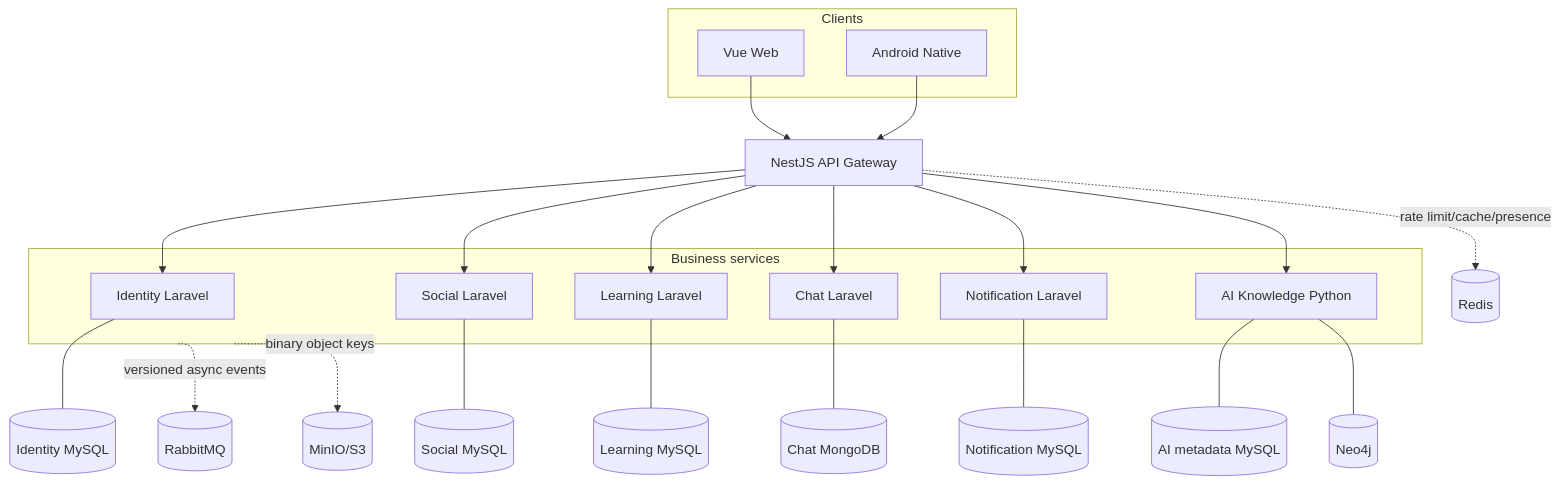
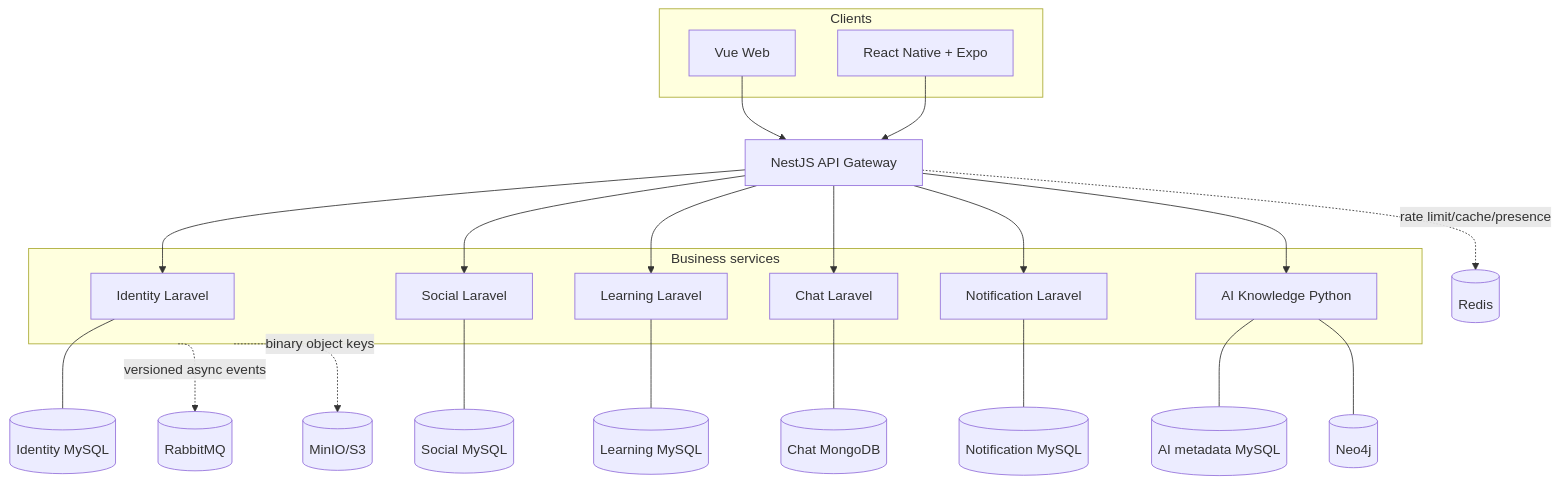
Before and after one commit to Sangpts1307/social_networks: the diagram in docs/specs/Cac_giai_doan_can_lam/15-target-architecture.md, drawn with Mermaid. The commit also changed other lines of this file and 370 other files, not shown here.

````diff
--- a/docs/specs/Cac_giai_doan_can_lam/15-target-architecture.md
+++ b/docs/specs/Cac_giai_doan_can_lam/15-target-architecture.md
@@ -33,28 +33,28 @@
 ```mermaid
 flowchart TB
   subgraph Clients
     WEB[Vue Web]
-    MOB[Android Native]
+    MOB[React Native + Expo]
   end
   WEB --> GW[NestJS API Gateway]
   MOB --> GW
   subgraph Core[Business services]
     ID[Identity Laravel]
     SO[Social Laravel]
     LE[Learning Laravel]
     CH[Chat Laravel]
     NO[Notification Laravel]
     AI[AI Knowledge Python]
   end
   GW --> ID & SO & LE & CH & NO & AI
   ID --- IDDB[(Identity MySQL)]
   SO --- SODB[(Social MySQL)]
   LE --- LEDB[(Learning MySQL)]
   CH --- CHDB[(Chat MongoDB)]
   NO --- NODB[(Notification MySQL)]
   AI --- AIDB[(AI metadata MySQL)]
   AI --- KG[(Neo4j)]
   Core -. versioned async events .-> MQ[(RabbitMQ)]
   Core -. binary object keys .-> OS[(MinIO/S3)]
   GW -. rate limit/cache/presence .-> RE[(Redis)]
 ```
````
